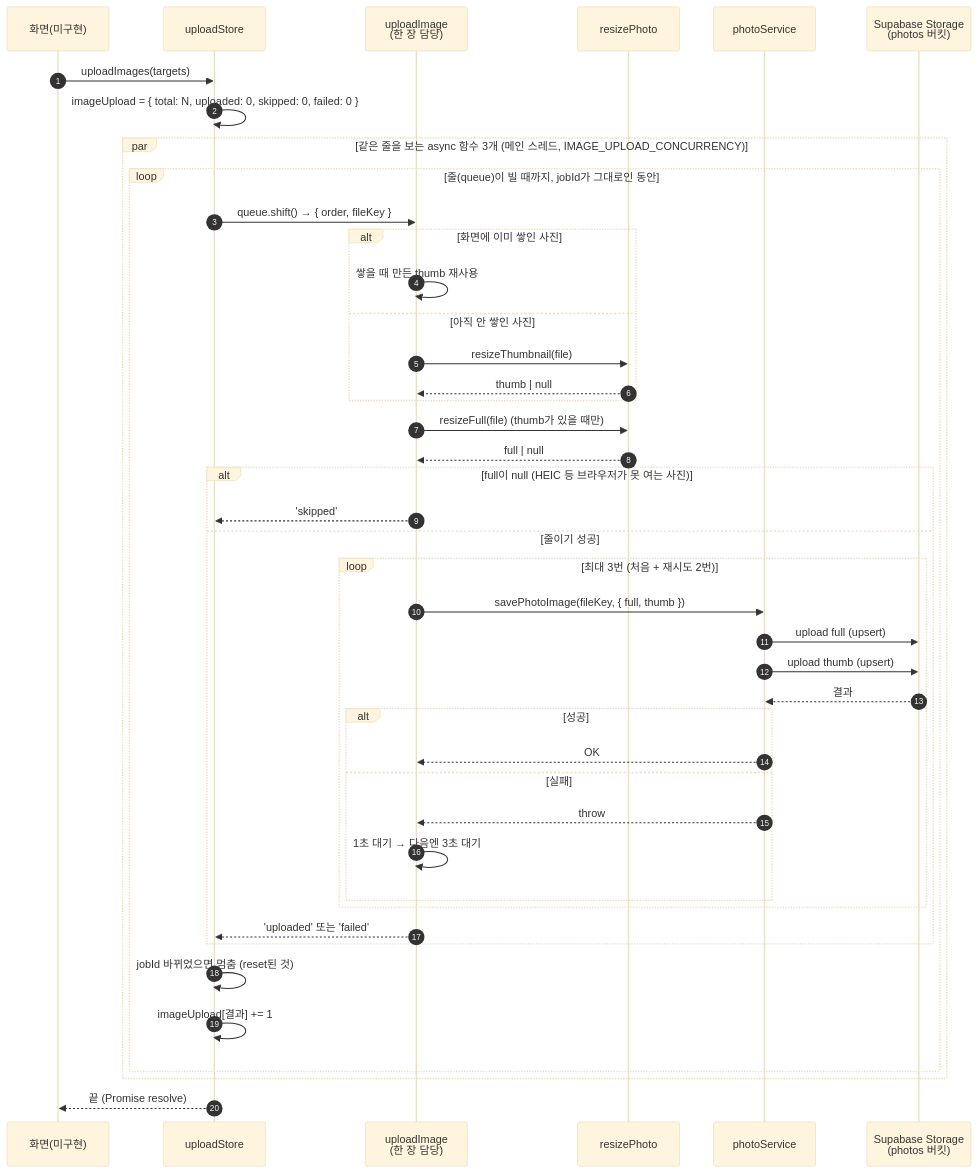
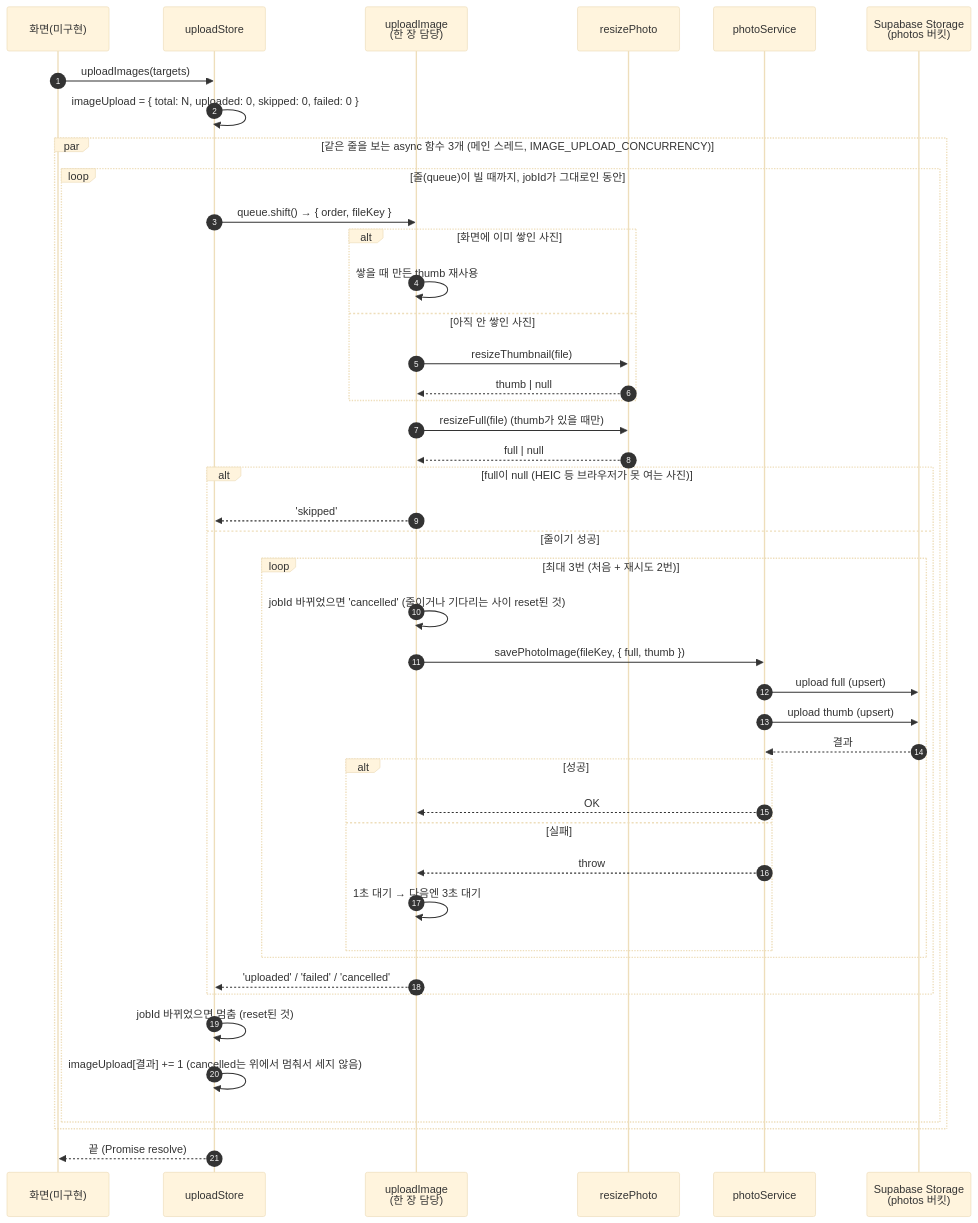
One commit to 2026-WebFW-1/danyeo-on changed the first of 2 diagrams in docs/upload/IMAGE_UPLOAD_FLOW.md. Above: the diagram before and after it, drawn with Mermaid (base theme). The commit also changed 2 other files, not shown here.

Commit message:
fix: 이미지 올리기를 취소하면 줄이는 중·재시도 대기 중인 사진도 올리지 않기

````diff
--- a/docs/upload/IMAGE_UPLOAD_FLOW.md
+++ b/docs/upload/IMAGE_UPLOAD_FLOW.md
@@ -17,50 +17,51 @@
 ```mermaid
 sequenceDiagram
     autonumber
     participant UI as 화면(미구현)
     participant Store as uploadStore
     participant One as uploadImage<br/>(한 장 담당)
     participant Resize as resizePhoto
     participant Svc as photoService
     participant S3 as Supabase Storage<br/>(photos 버킷)
 
     UI->>Store: uploadImages(targets)
     Store->>Store: imageUpload = { total: N, uploaded: 0, skipped: 0, failed: 0 }
 
     par 같은 줄을 보는 async 함수 3개 (메인 스레드, IMAGE_UPLOAD_CONCURRENCY)
         loop 줄(queue)이 빌 때까지, jobId가 그대로인 동안
             Store->>One: queue.shift() → { order, fileKey }
             alt 화면에 이미 쌓인 사진
                 One->>One: 쌓을 때 만든 thumb 재사용
             else 아직 안 쌓인 사진
                 One->>Resize: resizeThumbnail(file)
                 Resize-->>One: thumb | null
             end
             One->>Resize: resizeFull(file) (thumb가 있을 때만)
             Resize-->>One: full | null
 
             alt full이 null (HEIC 등 브라우저가 못 여는 사진)
                 One-->>Store: 'skipped'
             else 줄이기 성공
                 loop 최대 3번 (처음 + 재시도 2번)
+                    One->>One: jobId 바뀌었으면 'cancelled' (줄이거나 기다리는 사이 reset된 것)
                     One->>Svc: savePhotoImage(fileKey, { full, thumb })
                     Svc->>S3: upload full (upsert)
                     Svc->>S3: upload thumb (upsert)
                     S3-->>Svc: 결과
                     alt 성공
                         Svc-->>One: OK
                     else 실패
                         Svc-->>One: throw
                         One->>One: 1초 대기 → 다음엔 3초 대기
                     end
                 end
-                One-->>Store: 'uploaded' 또는 'failed'
+                One-->>Store: 'uploaded' / 'failed' / 'cancelled'
             end
 
             Store->>Store: jobId 바뀌었으면 멈춤 (reset된 것)
-            Store->>Store: imageUpload[결과] += 1
+            Store->>Store: imageUpload[결과] += 1 (cancelled는 위에서 멈춰서 세지 않음)
         end
     end
 
     Store-->>UI: 끝 (Promise resolve)
 ```
````
